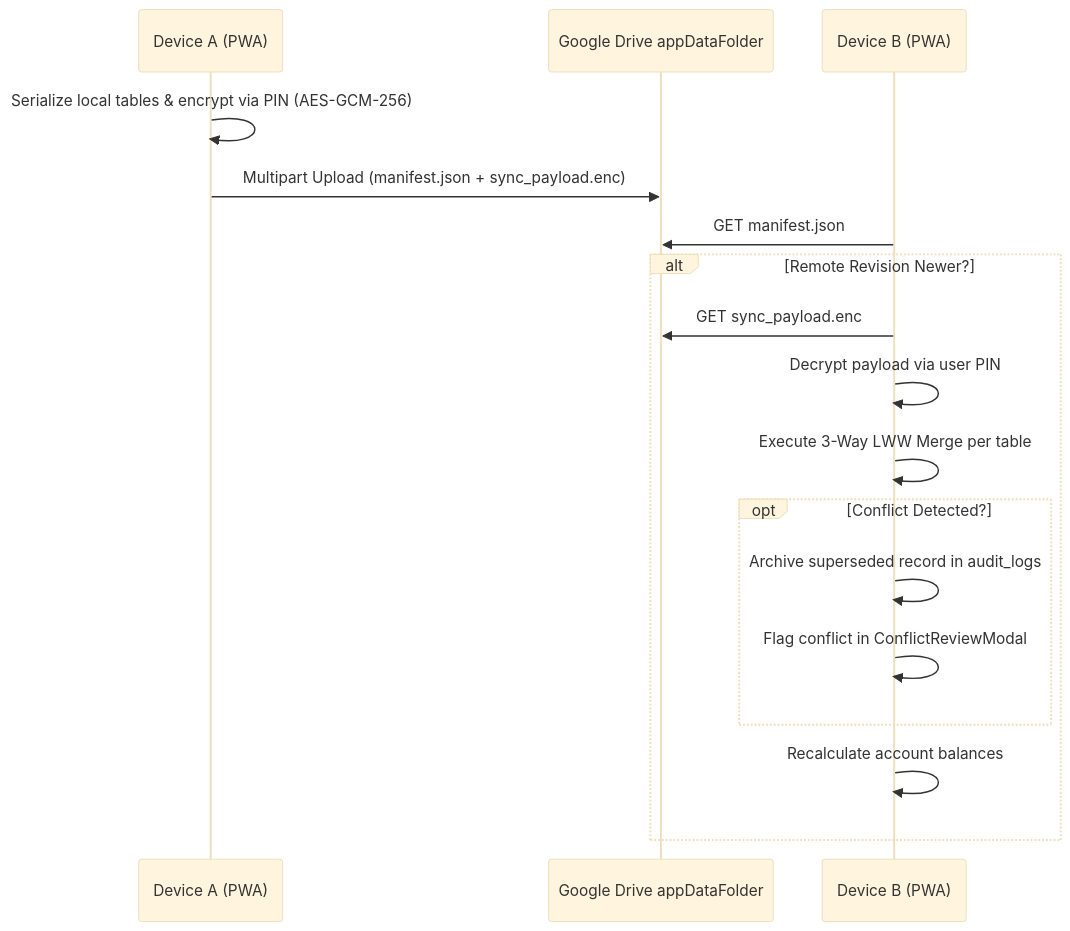
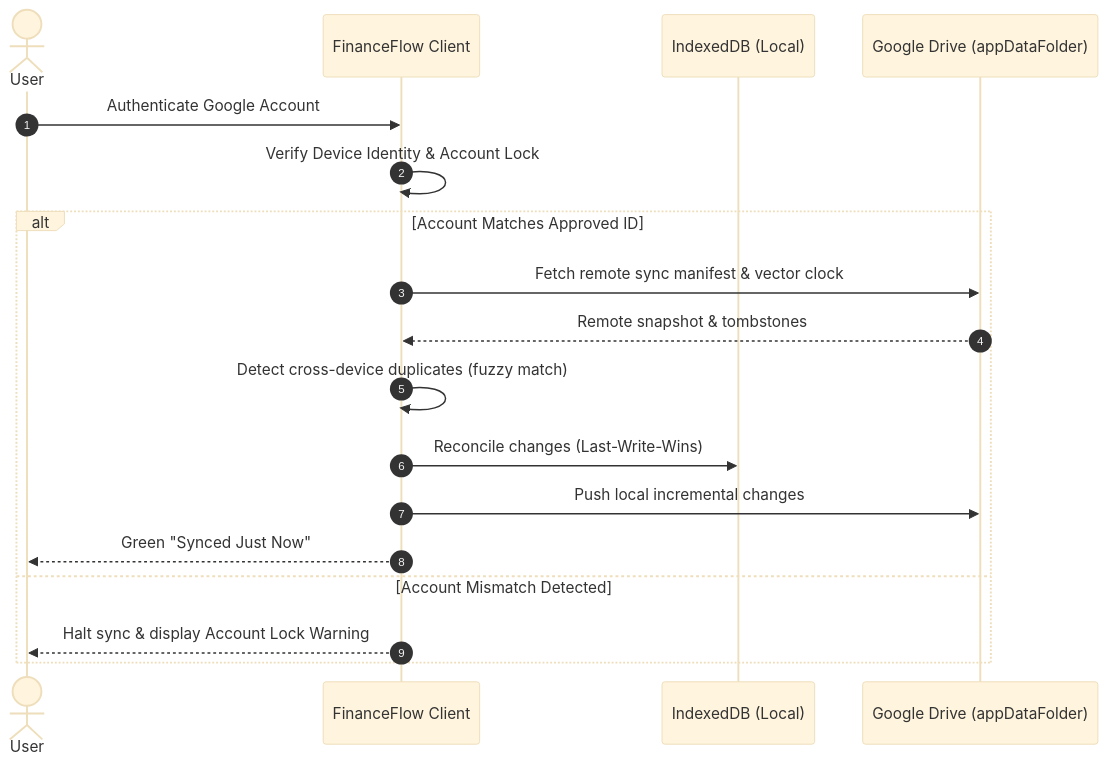
Before and after one commit to pranjiunggul/financeflow-pwa: the second of 3 diagrams in ARCHITECTURE.md, drawn with Mermaid (base theme). The commit also changed other lines of this file and 9 other files, not shown here.

````diff
--- a/ARCHITECTURE.md
+++ b/ARCHITECTURE.md
@@ -200,21 +136,21 @@
 ```mermaid
 sequenceDiagram
-    participant ClientA as Device A (PWA)
-    participant GDrive as Google Drive appDataFolder
-    participant ClientB as Device B (PWA)
+    autonumber
+    actor User
+    participant PWA as FinanceFlow Client
+    participant IDB as IndexedDB (Local)
+    participant GDrive as Google Drive (appDataFolder)
 
-    ClientA->>ClientA: Serialize local tables & encrypt via PIN (AES-GCM-256)
-    ClientA->>GDrive: Multipart Upload (manifest.json + sync_payload.enc)
-    
-    ClientB->>GDrive: GET manifest.json
-    alt Remote Revision Newer?
-        ClientB->>GDrive: GET sync_payload.enc
-        ClientB->>ClientB: Decrypt payload via user PIN
-        ClientB->>ClientB: Execute 3-Way LWW Merge per table
-        opt Conflict Detected?
-            ClientB->>ClientB: Archive superseded record in audit_logs
-            ClientB->>ClientB: Flag conflict in ConflictReviewModal
-        end
-        ClientB->>ClientB: Recalculate account balances
+    User->>PWA: Authenticate Google Account
+    PWA->>PWA: Verify Device Identity & Account Lock
+    alt Account Matches Approved ID
+        PWA->>GDrive: Fetch remote sync manifest & vector clock
+        GDrive-->>PWA: Remote snapshot & tombstones
+        PWA->>PWA: Detect cross-device duplicates (fuzzy match)
+        PWA->>IDB: Reconcile changes (Last-Write-Wins)
+        PWA->>GDrive: Push local incremental changes
+        PWA-->>User: Green "Synced Just Now"
+    else Account Mismatch Detected
+        PWA-->>User: Halt sync & display Account Lock Warning
     end
 ```
````
